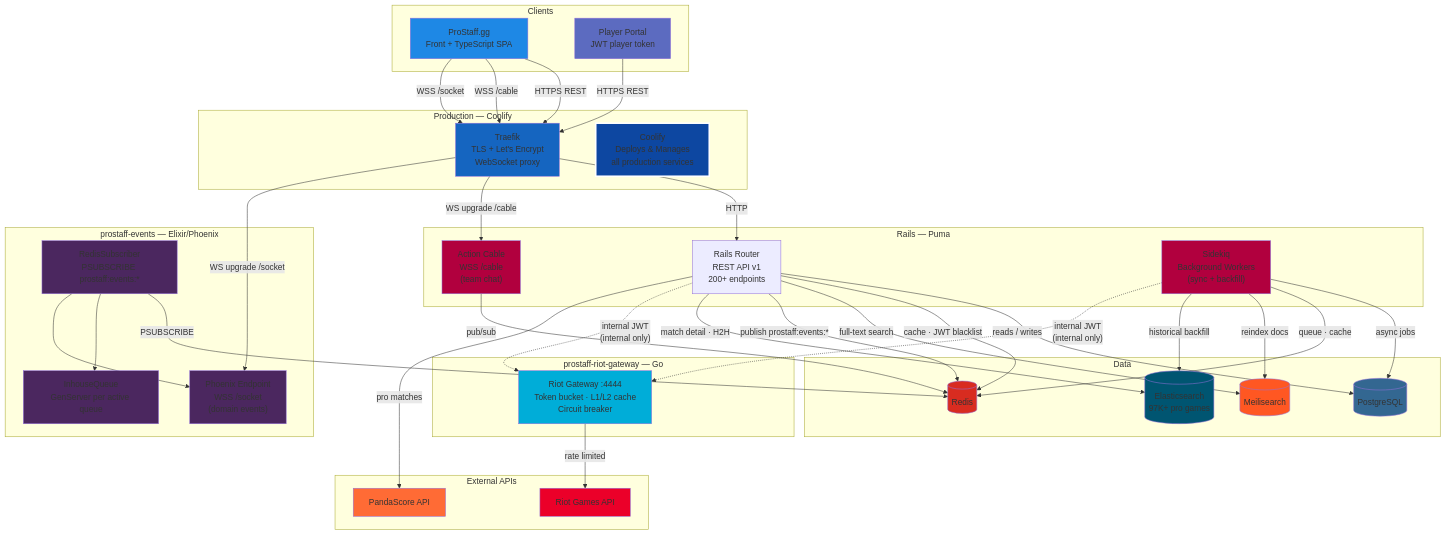
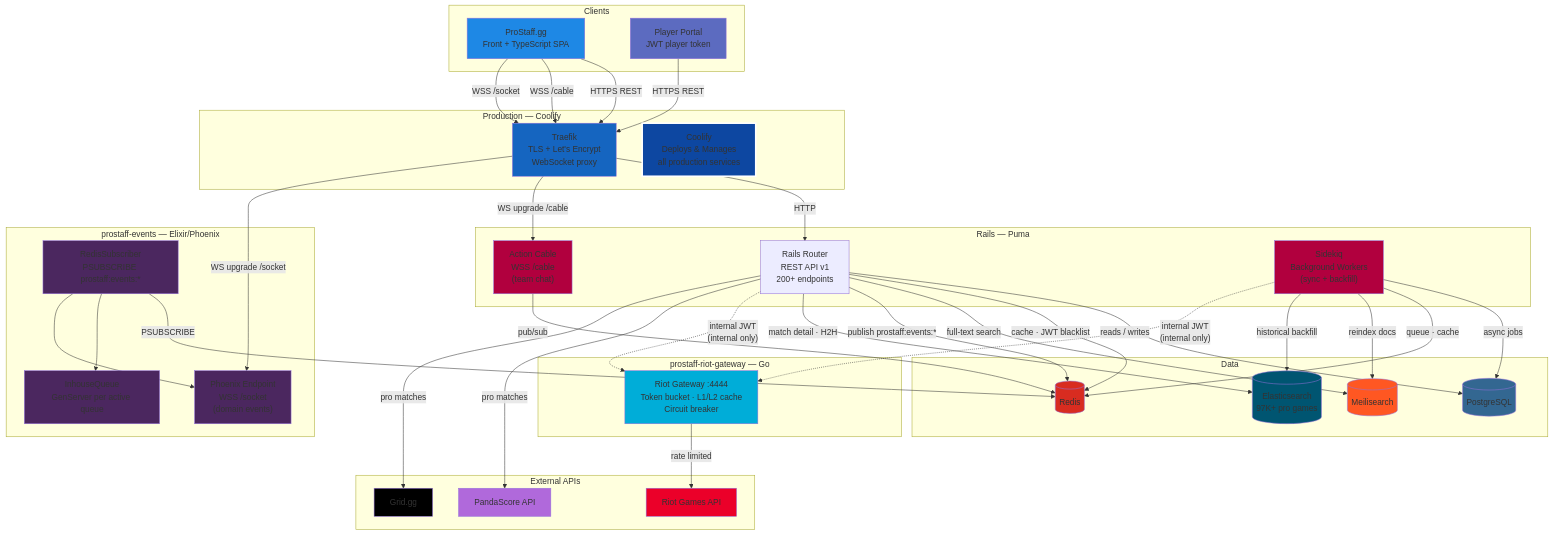
Before and after one commit to Bulletdev/prostaff-api: the second of 2 diagrams in README.md, drawn with Mermaid. The commit also changed other lines of this file, not shown here.

````diff
--- a/README.md
+++ b/README.md
@@ -1221,6 +1230,8 @@
     subgraph "External APIs"
         RiotAPI["Riot Games API"]
         PandaScore["PandaScore API"]
+        Grid.gg["Grid.gg"]
+
     end
 
     %% === Conexões ===
@@ -1254,6 +1265,7 @@
 
     Gateway -- "rate limited" --> RiotAPI
     Router -- "pro matches" --> PandaScore
+    Router -- "pro matches" --> Grid.gg
 
     %% === Estilos ===
     style FrontendApp fill:#1e88e5
@@ -1271,5 +1283,7 @@
     style Meili fill:#ff5722
     style ES fill:#005571
     style RiotAPI fill:#eb0029
-    style PandaScore fill:#ff6b35
+    style PandaScore fill:#B069DB
+    style Grid.gg fill:#000000
+
 ```
````
